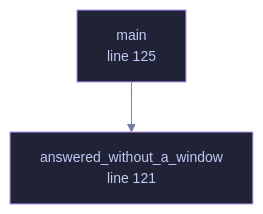
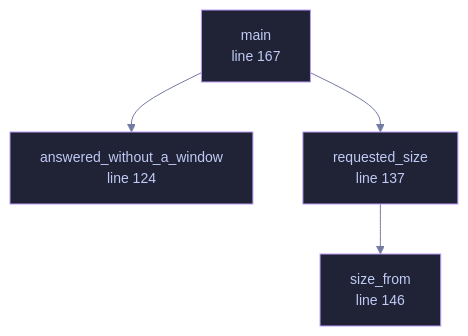
One commit to tilas01/veilvoice changed the diagram in wiki/File-veilvoice-gui-main.md. Above: the diagram before and after it, drawn with Mermaid. The commit also changed other lines of this file and 94 other files, not shown here.

First line of the commit message:
gui: an untouched window was redrawing itself twice a second, for ever

````diff
--- a/wiki/File-veilvoice-gui-main.md
+++ b/wiki/File-veilvoice-gui-main.md
@@ -74,13 +74,19 @@
 ```mermaid
 %%{init: {"theme":"base","themeVariables":{"background":"#1a1b26","primaryColor":"#1f2335","primaryTextColor":"#c0caf5","primaryBorderColor":"#7aa2f7","secondaryColor":"#16161e","tertiaryColor":"#16161e","lineColor":"#737aa2","textColor":"#c0caf5","mainBkg":"#1f2335","nodeBorder":"#7aa2f7","clusterBkg":"#16161e","clusterBorder":"#2f3549","fontFamily":"ui-monospace, SFMono-Regular, Consolas, monospace","fontSize":"14px"}}}%%
 flowchart TD
-    n_answered_without_a_window["answered_without_a_window<br/>line 106"]
-    n_answered_without_a_window["answered_without_a_window<br/>line 121"]
-    n_main["main<br/>line 125"]
+    n_answered_without_a_window["answered_without_a_window<br/>line 109"]
+    n_answered_without_a_window["answered_without_a_window<br/>line 124"]
+    n_requested_size["requested_size<br/>line 137"]
+    n_size_from["size_from<br/>line 146"]
+    n_main["main<br/>line 167"]
     n_main --> n_answered_without_a_window
-    click n_answered_without_a_window href "https://github.com/tilas01/veilvoice/blob/main/crates/veilvoice-gui/src/main.rs#L106" "open the source"
-    click n_answered_without_a_window href "https://github.com/tilas01/veilvoice/blob/main/crates/veilvoice-gui/src/main.rs#L121" "open the source"
-    click n_main href "https://github.com/tilas01/veilvoice/blob/main/crates/veilvoice-gui/src/main.rs#L125" "open the source"
+    n_main --> n_requested_size
+    n_requested_size --> n_size_from
+    click n_answered_without_a_window href "https://github.com/tilas01/veilvoice/blob/main/crates/veilvoice-gui/src/main.rs#L109" "open the source"
+    click n_answered_without_a_window href "https://github.com/tilas01/veilvoice/blob/main/crates/veilvoice-gui/src/main.rs#L124" "open the source"
+    click n_requested_size href "https://github.com/tilas01/veilvoice/blob/main/crates/veilvoice-gui/src/main.rs#L137" "open the source"
+    click n_size_from href "https://github.com/tilas01/veilvoice/blob/main/crates/veilvoice-gui/src/main.rs#L146" "open the source"
+    click n_main href "https://github.com/tilas01/veilvoice/blob/main/crates/veilvoice-gui/src/main.rs#L167" "open the source"
     classDef helper fill:#1f2335,stroke:#bb9af7,color:#c0caf5
-    class n_answered_without_a_window,n_answered_without_a_window,n_main helper
+    class n_answered_without_a_window,n_answered_without_a_window,n_requested_size,n_size_from,n_main helper
 ```
````
